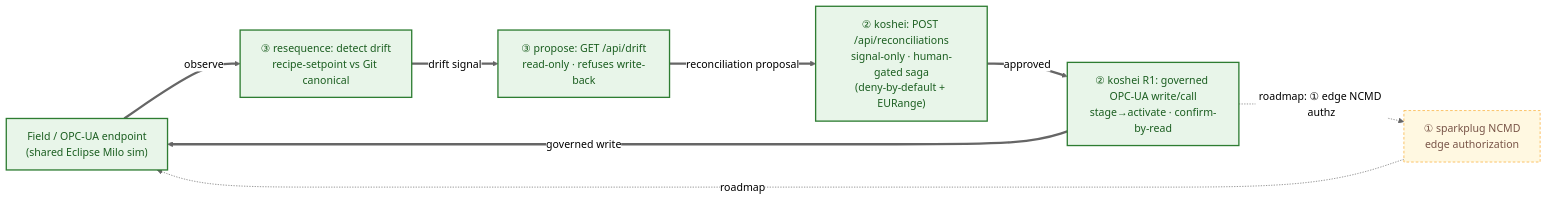
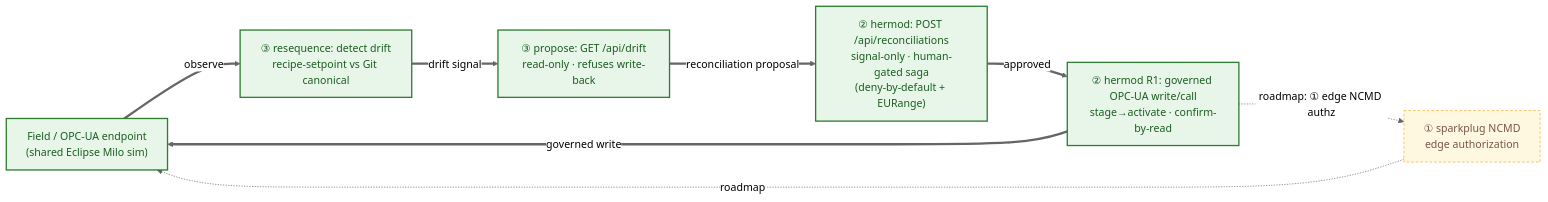
Before and after one commit to yggdrasil-iiot/hermod: the second of 2 diagrams in docs/reference-architecture.md, drawn with Mermaid (neutral theme). The commit also changed other lines of this file and 643 other files, not shown here.

First line of the commit message:
refactor: rename koshei to hermod across code, build, scripts and docs

````diff
--- a/docs/reference-architecture.md
+++ b/docs/reference-architecture.md
@@ -305,21 +305,21 @@
 ```mermaid
 flowchart LR
   classDef built fill:#e8f5e9,stroke:#2e7d32,stroke-width:2px,color:#1b5e20;
   classDef roadmap fill:#fff8e1,stroke:#f9a825,stroke-width:1px,stroke-dasharray:4 3,color:#795548;
 
   FIELD["Field / OPC-UA endpoint<br/>(shared Eclipse Milo sim)"]:::built
   DRIFT["③ resequence: detect drift<br/>recipe-setpoint vs Git canonical"]:::built
   PROPOSE["③ propose: GET /api/drift<br/>read-only · refuses write-back"]:::built
-  GOVERN["② koshei: POST /api/reconciliations<br/>signal-only · human-gated saga<br/>(deny-by-default + EURange)"]:::built
-  APPLY["② koshei R1: governed OPC-UA write/call<br/>stage→activate · confirm-by-read"]:::built
+  GOVERN["② hermod: POST /api/reconciliations<br/>signal-only · human-gated saga<br/>(deny-by-default + EURange)"]:::built
+  APPLY["② hermod R1: governed OPC-UA write/call<br/>stage→activate · confirm-by-read"]:::built
   NCMD["① sparkplug NCMD<br/>edge authorization"]:::roadmap
 
   FIELD ==>|observe| DRIFT
   DRIFT ==>|drift signal| PROPOSE
   PROPOSE ==>|reconciliation proposal| GOVERN
   GOVERN ==>|approved| APPLY
   APPLY ==>|governed write| FIELD
 
   APPLY -. "roadmap: ① edge NCMD authz" .-> NCMD
   NCMD -. roadmap .-> FIELD
 ```
````
